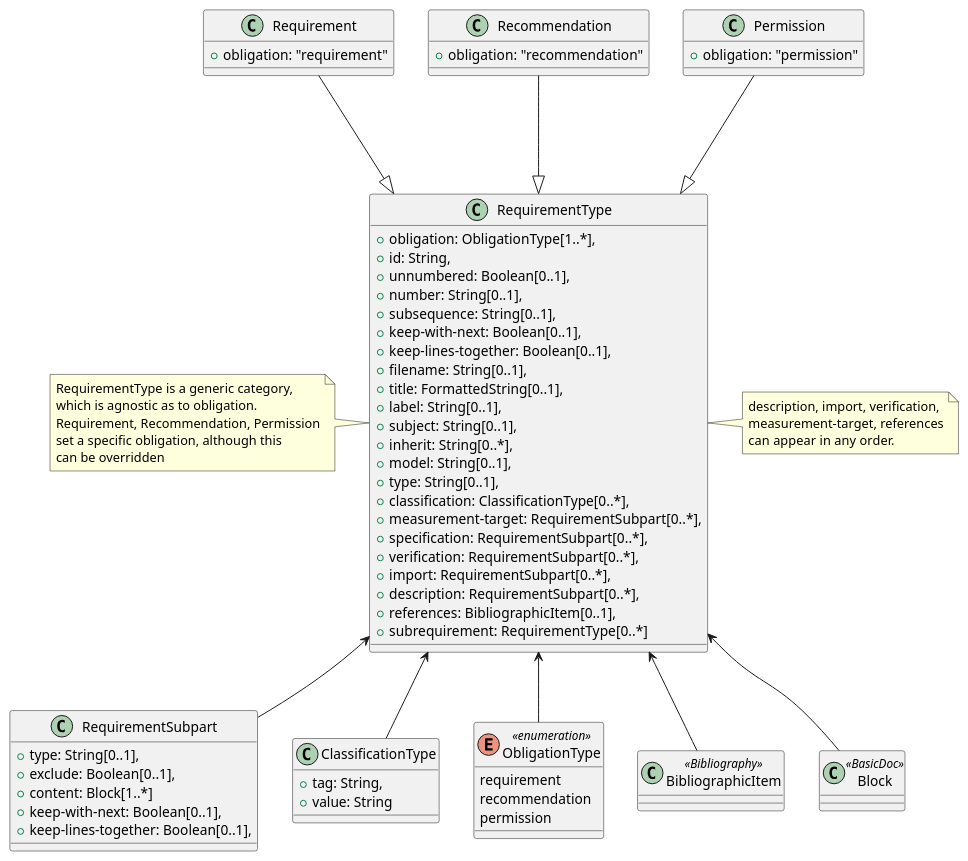
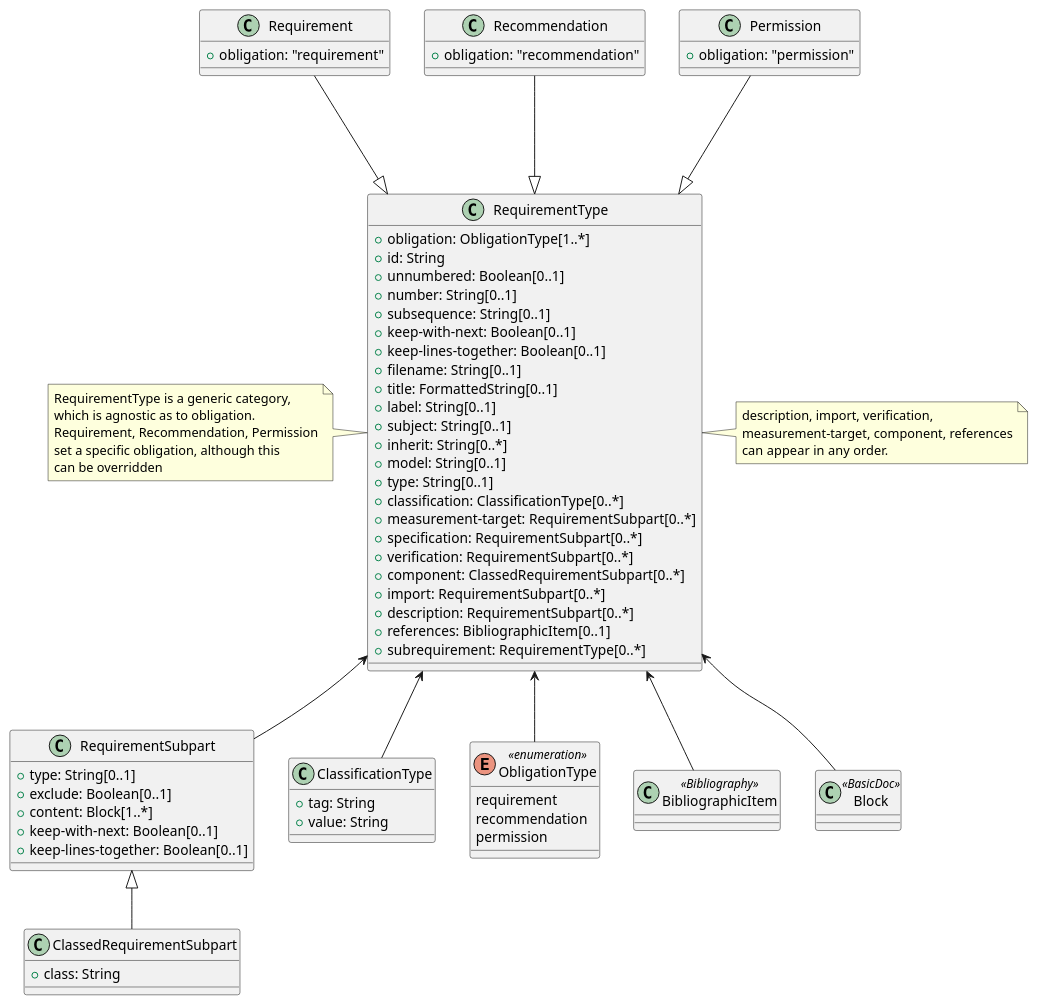
One commit to metanorma/metanorma-requirements-models changed the diagram in models/requirements.wsd. Above: the diagram before and after it, drawn with PlantUML. The commit also changed 4 other files, not shown here.

```diff
--- a/models/requirements.wsd
+++ b/models/requirements.wsd
@@ -1,98 +1,104 @@
 @startuml Requirements
 
 /'
 Diagram:     Requirements
 DateCreate:  2019-03-06
 Description: This diagram presents the model used to capture requirements, for use both in standards document markup,
 and as standalone machine-readable artefacts.
 
 History of changes:
 > 2019-03-19: Added RequirementType/filename
 > 2019-0-19: Added subsequence
 > 2020-06-16: Added number
 > 2020-06-16: Added keep-with-next
+> 2020-08-09: Add components
 '/
 
 
 '******* CLASS DEFINITION *********************************************
 
-together {
 class Requirement {
   + obligation: "requirement"
 }
 
 class Recommendation {
   + obligation: "recommendation"
 }
 
 class Permission {
   + obligation: "permission"
 }
-}
 
 class RequirementType {
-  + obligation: ObligationType[1..*],
-  + id: String,
-  + unnumbered: Boolean[0..1],
-  + number: String[0..1],
-  + subsequence: String[0..1],
-  + keep-with-next: Boolean[0..1],
-  + keep-lines-together: Boolean[0..1],
-  + filename: String[0..1],
-  + title: FormattedString[0..1],
-  + label: String[0..1],
-  + subject: String[0..1],
-  + inherit: String[0..*],
-  + model: String[0..1],
-  + type: String[0..1],
-  + classification: ClassificationType[0..*],
-  + measurement-target: RequirementSubpart[0..*],
-  + specification: RequirementSubpart[0..*],
-  + verification: RequirementSubpart[0..*],
-  + import: RequirementSubpart[0..*],
-  + description: RequirementSubpart[0..*],
-  + references: BibliographicItem[0..1],
+  + obligation: ObligationType[1..*]
+  + id: String
+  + unnumbered: Boolean[0..1]
+  + number: String[0..1]
+  + subsequence: String[0..1]
+  + keep-with-next: Boolean[0..1]
+  + keep-lines-together: Boolean[0..1]
+  + filename: String[0..1]
+  + title: FormattedString[0..1]
+  + label: String[0..1]
+  + subject: String[0..1]
+  + inherit: String[0..*]
+  + model: String[0..1]
+  + type: String[0..1]
+  + classification: ClassificationType[0..*]
+  + measurement-target: RequirementSubpart[0..*]
+  + specification: RequirementSubpart[0..*]
+  + verification: RequirementSubpart[0..*]
+  + component: ClassedRequirementSubpart[0..*]
+  + import: RequirementSubpart[0..*]
+  + description: RequirementSubpart[0..*]
+  + references: BibliographicItem[0..1]
   + subrequirement: RequirementType[0..*]
 }
 
 class RequirementSubpart {
-  + type: String[0..1],
-  + exclude: Boolean[0..1],
+  + type: String[0..1]
+  + exclude: Boolean[0..1]
   + content: Block[1..*]
-  + keep-with-next: Boolean[0..1],
-  + keep-lines-together: Boolean[0..1],
+  + keep-with-next: Boolean[0..1]
+  + keep-lines-together: Boolean[0..1]
 }
 
+class ClassedRequirementSubpart {
+  + class: String
+}
+
+
 class ClassificationType {
-  + tag: String,
+  + tag: String
   + value: String
 }
 
 enum ObligationType <<enumeration>> {
   requirement
   recommendation
   permission
 }
 
 class BibliographicItem <<Bibliography>> {
 }
 
 class Block <<BasicDoc>> {
 }
 
 '******* NOTES ********************************************************
 note left of RequirementType: RequirementType is a generic category,\nwhich is agnostic as to obligation.\nRequirement, Recommendation, Permission\nset a specific obligation, although this\ncan be overridden
-note right of RequirementType: description, import, verification,\nmeasurement-target, references\ncan appear in any order.
+note right of RequirementType: description, import, verification,\nmeasurement-target, component, references\ncan appear in any order.
 
 '******* CLASS RELATIONS **********************************************
 Requirement --down-|> RequirementType
 Recommendation --down-|> RequirementType
 Permission --down-|> RequirementType
 
+RequirementSubpart <|-- ClassedRequirementSubpart
 RequirementType <-- ObligationType
 RequirementType <-- ClassificationType
 RequirementType <-- BibliographicItem
 RequirementType <-- Block
 RequirementType <-- RequirementSubpart
 
 @enduml
```
